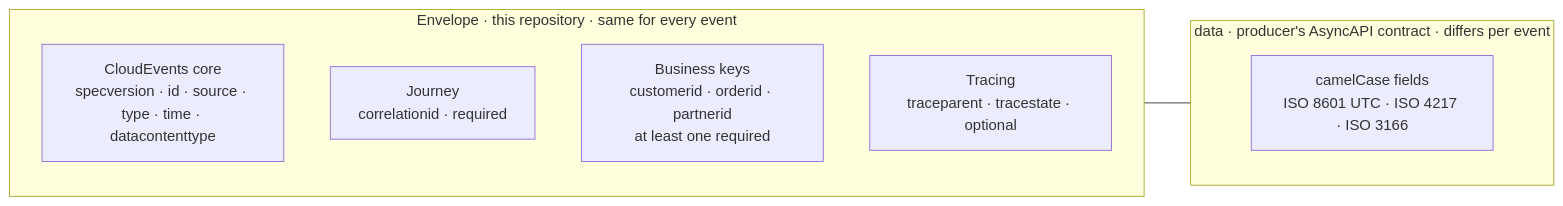
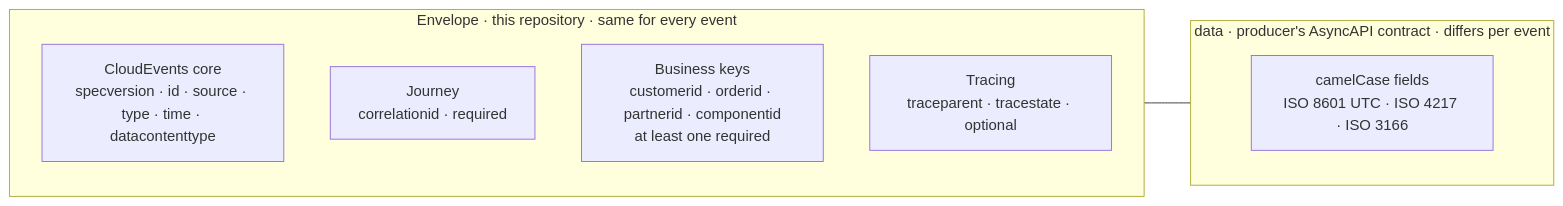
One commit to azure-intelligence-domain/contracts changed the first of 2 diagrams in README.md. Above: the diagram before and after it, drawn with Mermaid. The commit also changed other lines of this file and 9 other files, not shown here.

First line of the commit message:
Envelope 1.1.0: componentid business key for platform events

````diff
--- a/README.md
+++ b/README.md
@@ -42,13 +42,13 @@
 ```mermaid
 flowchart LR
     subgraph envelope["Envelope · this repository · same for every event"]
         core["CloudEvents core<br/>specversion · id · source · type · time · datacontenttype"]
         journey["Journey<br/>correlationid · required"]
-        keys["Business keys<br/>customerid · orderid · partnerid<br/>at least one required"]
+        keys["Business keys<br/>customerid · orderid · partnerid · componentid<br/>at least one required"]
         trace["Tracing<br/>traceparent · tracestate · optional"]
     end
     subgraph payload["data · producer's AsyncAPI contract · differs per event"]
         data["camelCase fields<br/>ISO 8601 UTC · ISO 4217 · ISO 3166"]
     end
     envelope --- payload
 ```
````
